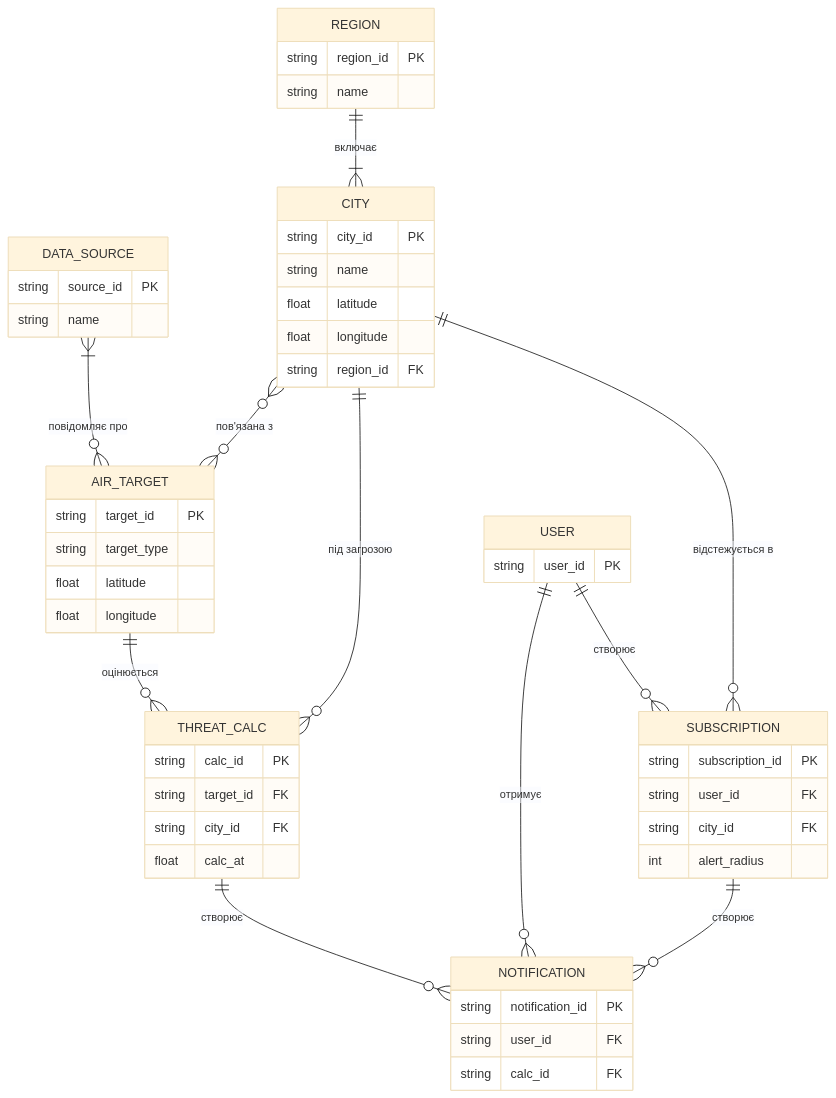
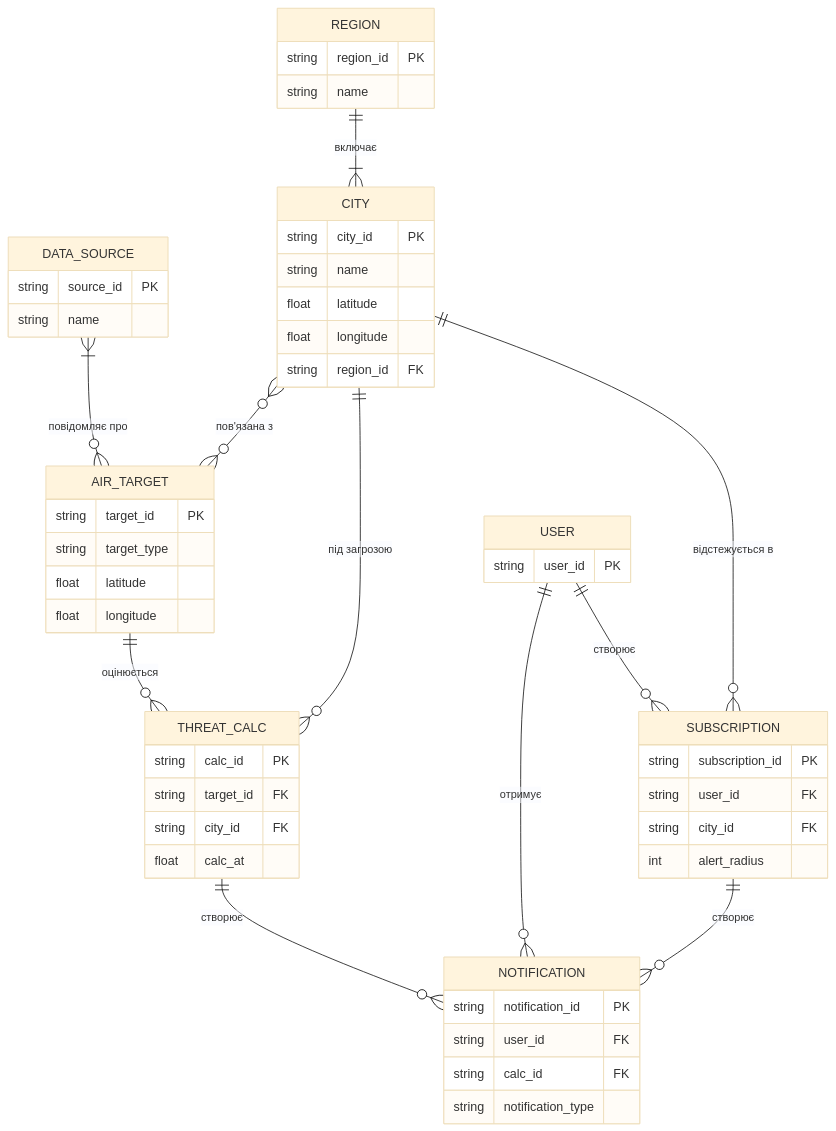
Before and after one commit to acabzonbi/aerial-target-track1: the diagram in lab1/model.mmd, drawn with Mermaid (base theme). The commit also changed 7 other files, not shown here.

Commit message:
додав notification type та додав усі минулі моделі у папку ai

```diff
--- a/lab1/model.mmd
+++ b/lab1/model.mmd
@@ -1,61 +1,62 @@
 erDiagram
     REGION ||--|{ CITY : "включає"
     USER ||--o{ SUBSCRIPTION : "створює"
     DATA_SOURCE }|--o{ AIR_TARGET : "повідомляє про"
     CITY }o--o{ AIR_TARGET : "пов'язана з"
     AIR_TARGET ||--o{ THREAT_CALC : "оцінюється"
     THREAT_CALC ||--o{ NOTIFICATION : "створює"
     USER ||--o{ NOTIFICATION : "отримує"
     SUBSCRIPTION ||--o{ NOTIFICATION : "створює"
-    
+
     CITY ||--o{ SUBSCRIPTION : "відстежується в"
     CITY ||--o{ THREAT_CALC : "під загрозою"
 
     REGION {
         string region_id PK
         string name
     }
 
     CITY {
         string city_id PK
         string name
         float latitude
         float longitude
         string region_id FK
     }
 
     USER {
         string user_id PK
     }
 
     SUBSCRIPTION {
         string subscription_id PK
         string user_id FK
         string city_id FK
         int alert_radius
     }
 
     AIR_TARGET {
         string target_id PK
         string target_type
         float latitude
         float longitude
     }
 
     DATA_SOURCE {
         string source_id PK
         string name
     }
 
     THREAT_CALC {
         string calc_id PK
         string target_id FK
         string city_id FK
         float calc_at
     }
 
     NOTIFICATION {
         string notification_id PK
         string user_id FK
         string calc_id FK
+        string notification_type
     }
```
